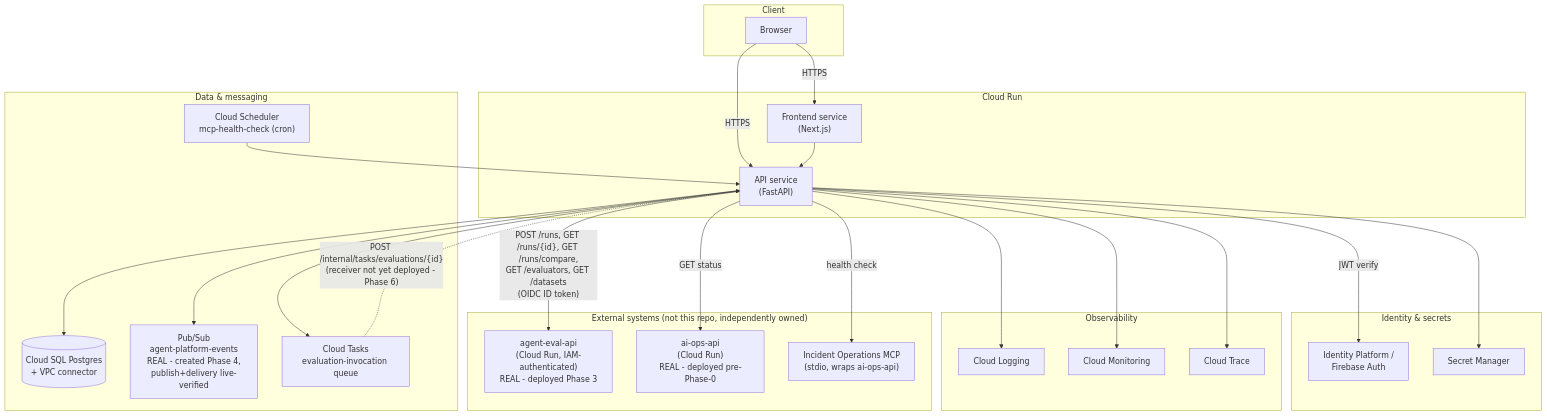
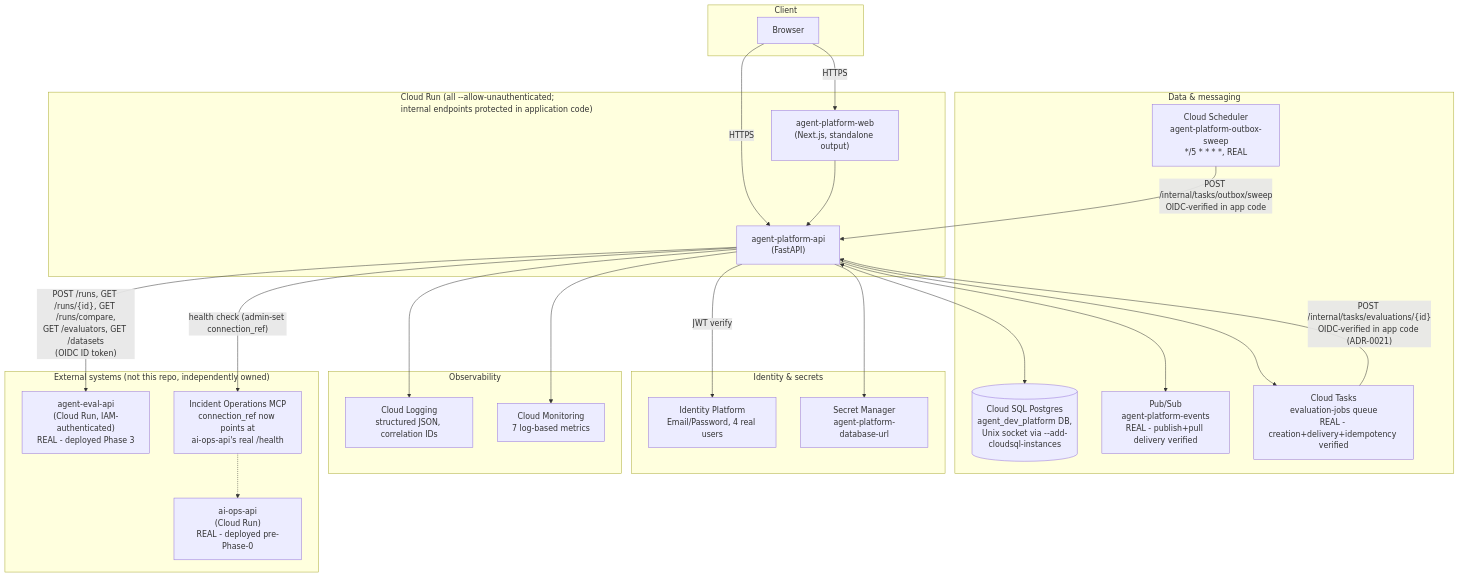
The diagram in docs/gcp-architecture.md (fegbewunmi/agent-developer-platform), drawn with Mermaid before and after one commit. The commit also changed other lines of this file and 42 other files, not shown here.

First line of the commit message:
Deploy backend and frontend to Cloud Run with real production auth, close the Cloud Tasks/Pub/Sub durability gaps, and verify the full lifecycle end to end

````diff
--- a/docs/gcp-architecture.md
+++ b/docs/gcp-architecture.md
@@ -61,52 +65,50 @@
 ```mermaid
 flowchart TB
     subgraph Client
         Browser["Browser"]
     end
 
-    subgraph CloudRun["Cloud Run"]
-        FE["Frontend service\n(Next.js)"]
-        API["API service\n(FastAPI)"]
+    subgraph CloudRun["Cloud Run (all --allow-unauthenticated;\ninternal endpoints protected in application code)"]
+        FE["agent-platform-web\n(Next.js, standalone output)"]
+        API["agent-platform-api\n(FastAPI)"]
     end
 
     subgraph Data["Data & messaging"]
-        SQL[("Cloud SQL Postgres\n+ VPC connector")]
-        PubSub["Pub/Sub\nagent-platform-events\nREAL - created Phase 4,\npublish+delivery live-verified"]
-        Tasks["Cloud Tasks\nevaluation-invocation queue"]
-        Sched["Cloud Scheduler\nmcp-health-check (cron)"]
+        SQL[("Cloud SQL Postgres\nagent_dev_platform DB,\nUnix socket via --add-cloudsql-instances")]
+        PubSub["Pub/Sub\nagent-platform-events\nREAL - publish+pull delivery verified"]
+        Tasks["Cloud Tasks\nevaluation-jobs queue\nREAL - creation+delivery+idempotency verified"]
+        Sched["Cloud Scheduler\nagent-platform-outbox-sweep\n*/5 * * * *, REAL"]
     end
 
     subgraph Sec["Identity & secrets"]
-        IdP["Identity Platform /\nFirebase Auth"]
-        SM["Secret Manager"]
+        IdP["Identity Platform\nEmail/Password, 4 real users"]
+        SM["Secret Manager\nagent-platform-database-url"]
     end
 
     subgraph Obs["Observability"]
-        CL["Cloud Logging"]
-        CM["Cloud Monitoring"]
-        CT["Cloud Trace"]
+        CL["Cloud Logging\nstructured JSON, correlation IDs"]
+        CM["Cloud Monitoring\n7 log-based metrics"]
     end
 
     subgraph External["External systems (not this repo, independently owned)"]
         AE["agent-eval-api\n(Cloud Run, IAM-authenticated)\nREAL - deployed Phase 3"]
         AO["ai-ops-api\n(Cloud Run)\nREAL - deployed pre-Phase-0"]
-        MCP["Incident Operations MCP\n(stdio, wraps ai-ops-api)"]
+        MCP["Incident Operations MCP\nconnection_ref now points at\nai-ops-api's real /health"]
     end
 
     Browser -- HTTPS --> FE
     Browser -- HTTPS --> API
     FE --> API
     API -- JWT verify --> IdP
     API <--> SQL
     API --> PubSub
     API --> Tasks
-    Tasks -. "POST /internal/tasks/evaluations/{id}\n(receiver not yet deployed - Phase 6)" .-> API
+    Tasks -- "POST /internal/tasks/evaluations/{id}\nOIDC-verified in app code (ADR-0021)" --> API
     API -- "POST /runs, GET /runs/{id}, GET /runs/compare,\nGET /evaluators, GET /datasets\n(OIDC ID token)" --> AE
-    API -- "GET status" --> AO
-    Sched --> API
-    API -- "health check" --> MCP
+    Sched -- "POST /internal/tasks/outbox/sweep\nOIDC-verified in app code" --> API
+    API -- "health check (admin-set connection_ref)" --> MCP
+    MCP -.-> AO
     API --> SM
     API --> CL
     API --> CM
-    API --> CT
 ```
````
